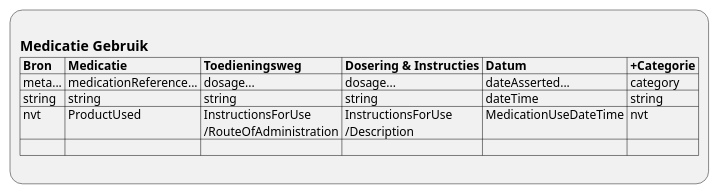
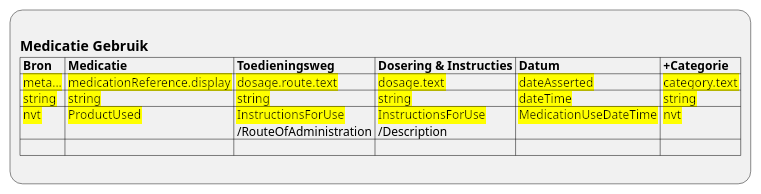
The diagram in input/images-source/ViewDefinition-MedicationStatement.plantuml (RIVO-Noord/zorgviewer-ig), drawn with PlantUML before and after one commit. The commit also changed 10 other files, not shown here.

```diff
--- a/input/images-source/ViewDefinition-MedicationStatement.plantuml
+++ b/input/images-source/ViewDefinition-MedicationStatement.plantuml
@@ -1,10 +1,10 @@
 @startuml ViewDefinition-MedicationStatement
 :
 == Medicatie Gebruik
 |= Bron |= Medicatie |= Toedieningsweg |= Dosering & Instructies |= Datum |= +Categorie |
-| meta... | medicationReference... | dosage... | dosage... | dateAsserted... | category |
-| string | string | string | string | dateTime | string |
-| nvt | ProductUsed | InstructionsForUse\n /RouteOfAdministration | InstructionsForUse\n /Description | MedicationUseDateTime | nvt |
+|<back:yellow> meta... |<back:yellow> medicationReference.display |<back:yellow> dosage.route.text |<back:yellow> dosage.text |<back:yellow> dateAsserted |<back:yellow> category.text |
+|<back:yellow> string |<back:yellow> string |<back:yellow> string |<back:yellow> string |<back:yellow> dateTime |<back:yellow> string |
+|<back:yellow> nvt |<back:yellow> ProductUsed |<back:yellow> InstructionsForUse\n /RouteOfAdministration |<back:yellow> InstructionsForUse\n /Description |<back:yellow> MedicationUseDateTime |<back:yellow> nvt |
 | |
 ;
 @enduml
```
